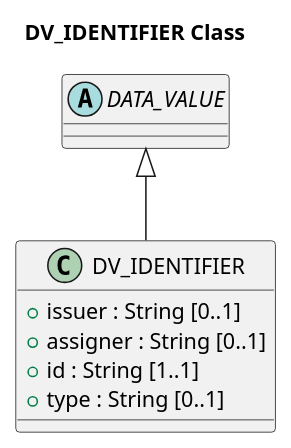
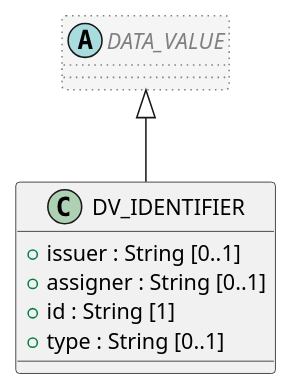
Before and after one commit to sebastian-iancu/code-generator: the diagram in code/PlantUML/openehr_rm_1.1.0/org/openehr/rm/data_types/basic/DV_IDENTIFIER.puml, drawn with PlantUML. The commit also changed 1618 other files, not shown here.

```diff
--- a/code/PlantUML/openehr_rm_1.1.0/org/openehr/rm/data_types/basic/DV_IDENTIFIER.puml
+++ b/code/PlantUML/openehr_rm_1.1.0/org/openehr/rm/data_types/basic/DV_IDENTIFIER.puml
@@ -1,18 +1,16 @@
 @startuml
-' PlantUML diagram for org.openehr.rm.data_types.basic.DV_IDENTIFIER
-title DV_IDENTIFIER Class
 
 class DV_IDENTIFIER {
   + issuer : String [0..1]
   + assigner : String [0..1]
-  + id : String [1..1]
+  + id : String [1]
   + type : String [0..1]
 }
 
-abstract class DATA_VALUE {
+abstract class DATA_VALUE  #whitesmoke;line:gray;line.dotted;text:gray {
 }
 
 DATA_VALUE <|-- DV_IDENTIFIER
 
 
 @enduml
```
